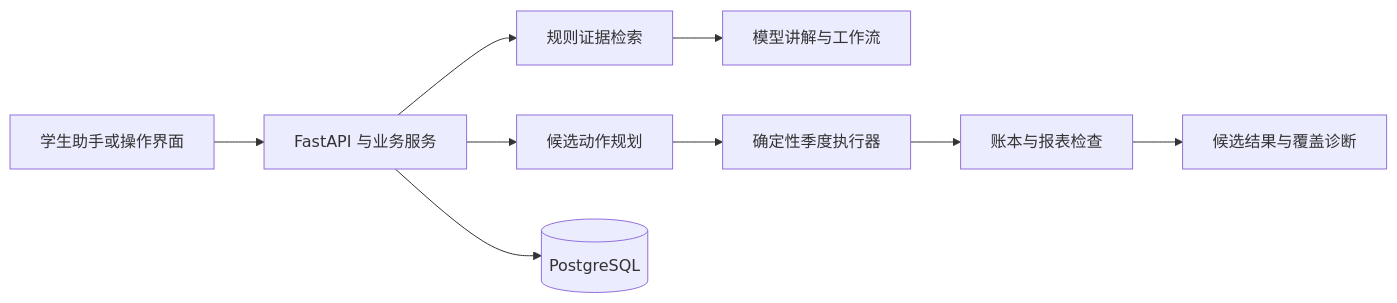
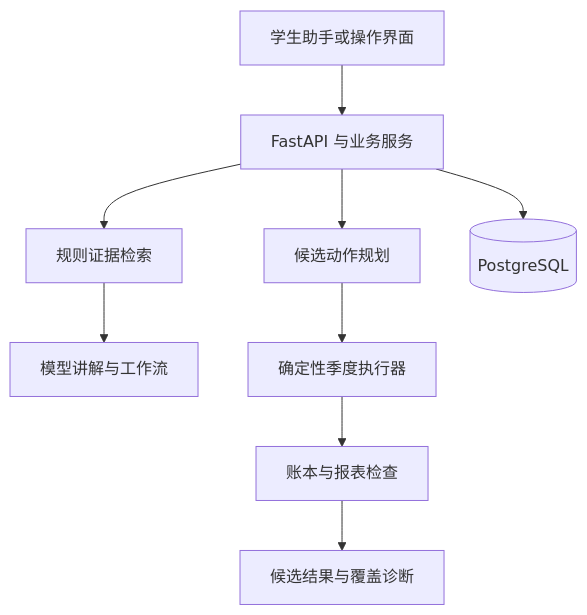
The diagram in projects/erp-agent.md (13942626471syy-ship-it/portfolio), drawn with Mermaid before and after one commit. The commit also changed 2 other files, not shown here.

Commit message:
docs: improve architecture diagram readability on GitHub

````diff
--- a/projects/erp-agent.md
+++ b/projects/erp-agent.md
@@ -22,11 +22,11 @@
 ```mermaid
-flowchart LR
+flowchart TB
     UI[学生助手或操作界面] --> API[FastAPI 与业务服务]
     API --> Q[规则证据检索]
     Q --> L[模型讲解与工作流]
     API --> P[候选动作规划]
     P --> X[确定性季度执行器]
     X --> V[账本与报表检查]
     V --> C[候选结果与覆盖诊断]
     API --> DB[(PostgreSQL)]
 ```
````
